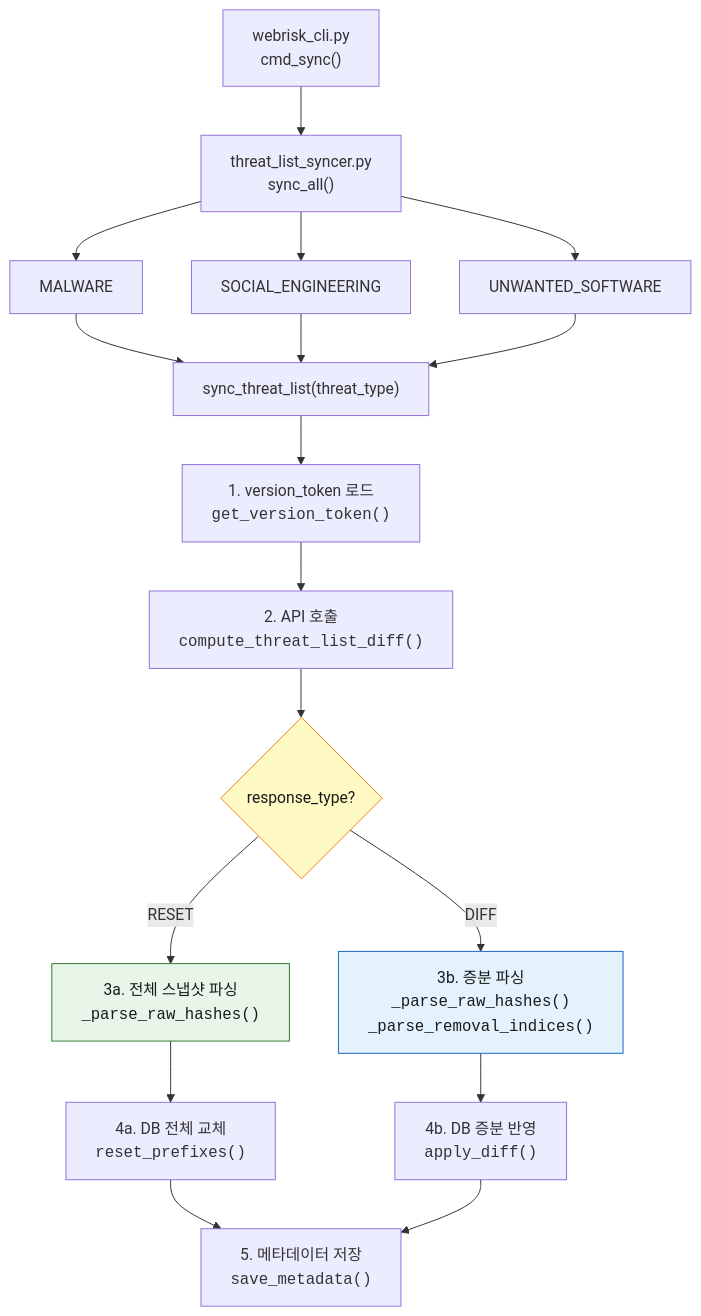
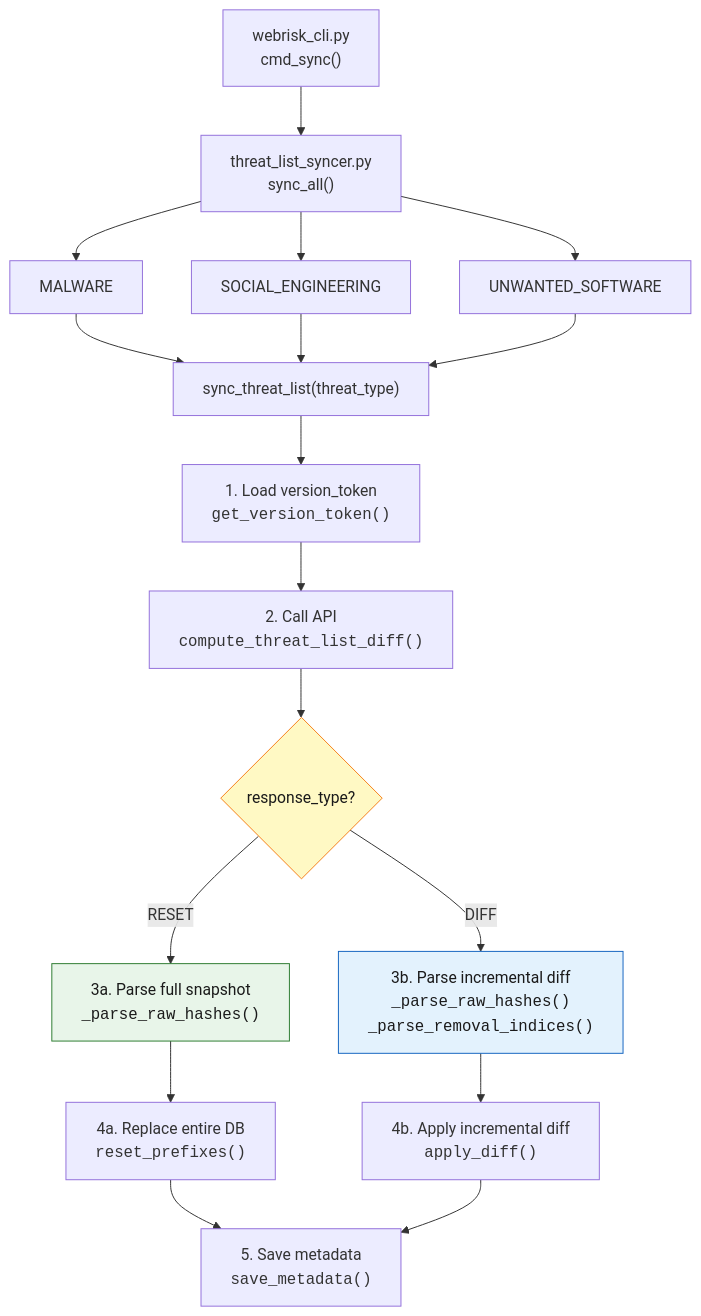
The second of 9 diagrams in WORKFLOW_GUIDE.md (kataroya/web-risk-cli), drawn with Mermaid before and after one commit. The commit also changed other lines of this file and 6 other files, not shown here.

````diff
--- a/WORKFLOW_GUIDE.md
+++ b/WORKFLOW_GUIDE.md
@@ -160,23 +130,23 @@
 ```mermaid
 flowchart TD
     A["webrisk_cli.py<br/>cmd_sync()"] --> B["threat_list_syncer.py<br/>sync_all()"]
     B --> C["MALWARE"]
     B --> D["SOCIAL_ENGINEERING"]
     B --> E["UNWANTED_SOFTWARE"]
     C --> F["sync_threat_list(threat_type)"]
     D --> F
     E --> F
-    F --> G["1. version_token 로드<br/><code>get_version_token()</code>"]
-    G --> H["2. API 호출<br/><code>compute_threat_list_diff()</code>"]
+    F --> G["1. Load version_token<br/><code>get_version_token()</code>"]
+    G --> H["2. Call API<br/><code>compute_threat_list_diff()</code>"]
     H --> I{"response_type?"}
-    I -->|RESET| J["3a. 전체 스냅샷 파싱<br/><code>_parse_raw_hashes()</code>"]
-    I -->|DIFF| K["3b. 증분 파싱<br/><code>_parse_raw_hashes()</code><br/><code>_parse_removal_indices()</code>"]
-    J --> L["4a. DB 전체 교체<br/><code>reset_prefixes()</code>"]
-    K --> M["4b. DB 증분 반영<br/><code>apply_diff()</code>"]
-    L --> N["5. 메타데이터 저장<br/><code>save_metadata()</code>"]
+    I -->|RESET| J["3a. Parse full snapshot<br/><code>_parse_raw_hashes()</code>"]
+    I -->|DIFF| K["3b. Parse incremental diff<br/><code>_parse_raw_hashes()</code><br/><code>_parse_removal_indices()</code>"]
+    J --> L["4a. Replace entire DB<br/><code>reset_prefixes()</code>"]
+    K --> M["4b. Apply incremental diff<br/><code>apply_diff()</code>"]
+    L --> N["5. Save metadata<br/><code>save_metadata()</code>"]
     M --> N
 
     style I fill:#fff9c4,stroke:#f57f17,color:#1a1a1a
     style J fill:#e8f5e9,stroke:#2e7d32,color:#1a1a1a
     style K fill:#e3f2fd,stroke:#1565c0,color:#1a1a1a
 ```
````
